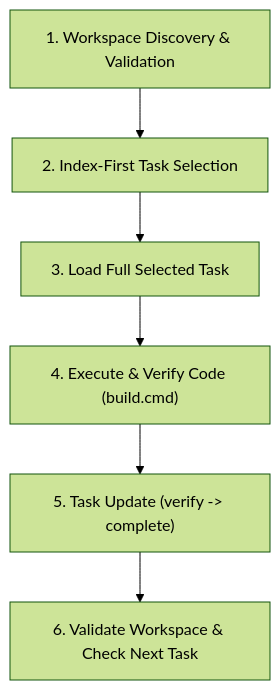
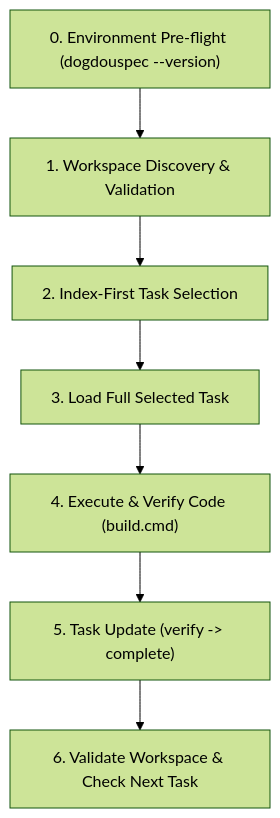
The diagram in .agents/skills/dogdouspec/SKILL.md (XueYeHuLabs/dogdouspec), drawn with Mermaid (forest theme) before and after one commit. The commit also changed other lines of this file and 33 other files, not shown here.

````diff
--- a/.agents/skills/dogdouspec/SKILL.md
+++ b/.agents/skills/dogdouspec/SKILL.md
@@ -29,8 +45,9 @@
 ```mermaid
 flowchart TD
-    A["1. Workspace Discovery & Validation"] --> B["2. Index-First Task Selection"]
+    Z["0. Environment Pre-flight (dogdouspec --version)"] --> A["1. Workspace Discovery & Validation"]
+    A --> B["2. Index-First Task Selection"]
     B --> C["3. Load Full Selected Task"]
     C --> D["4. Execute & Verify Code (build.cmd)"]
     D --> E["5. Task Update (verify -> complete)"]
     E --> F["6. Validate Workspace & Check Next Task"]
 ```
````
